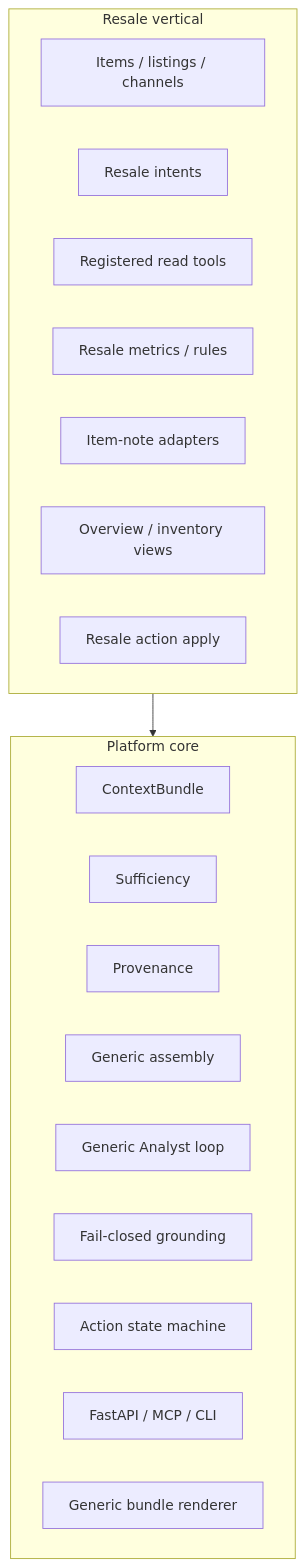
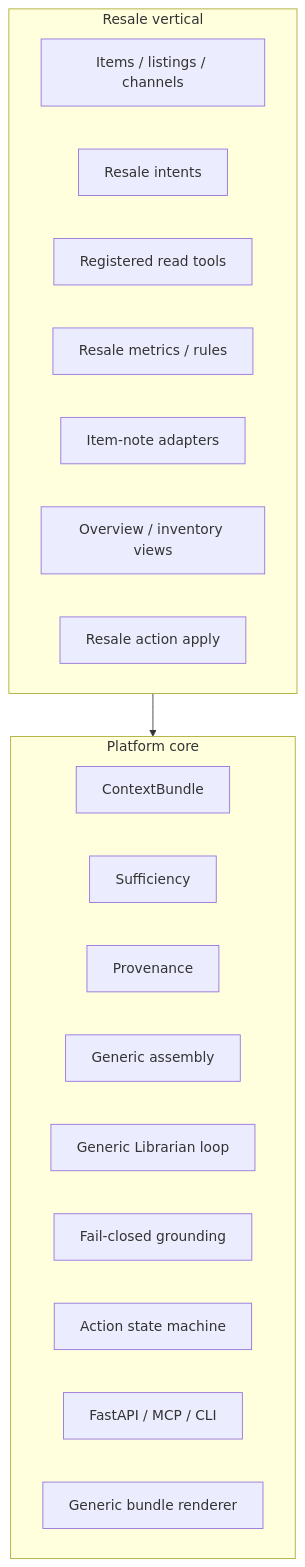
One commit to sebmvp/commerce-data-platform changed the third of 6 diagrams in ARCHITECTURE.md. Above: the diagram before and after it, drawn with Mermaid. The commit also changed other lines of this file and 49 other files, not shown here.

````diff
--- a/ARCHITECTURE.md
+++ b/ARCHITECTURE.md
@@ -65,24 +65,24 @@
 ```mermaid
 flowchart TB
   subgraph core [Platform core]
     bundle[ContextBundle]
     suff[Sufficiency]
     prov[Provenance]
     assemble[Generic assembly]
-    analystCore[Generic Analyst loop]
+    librarianCore[Generic Librarian loop]
     ground[Fail-closed grounding]
     actions[Action state machine]
     ifaces[FastAPI / MCP / CLI]
     inspector[Generic bundle renderer]
   end
   subgraph resale [Resale vertical]
     items[Items / listings / channels]
     intents[Resale intents]
     tools[Registered read tools]
     metrics[Resale metrics / rules]
     notesAdapter[Item-note adapters]
     views[Overview / inventory views]
     apply[Resale action apply]
   end
   resale --> core
 ```
````
